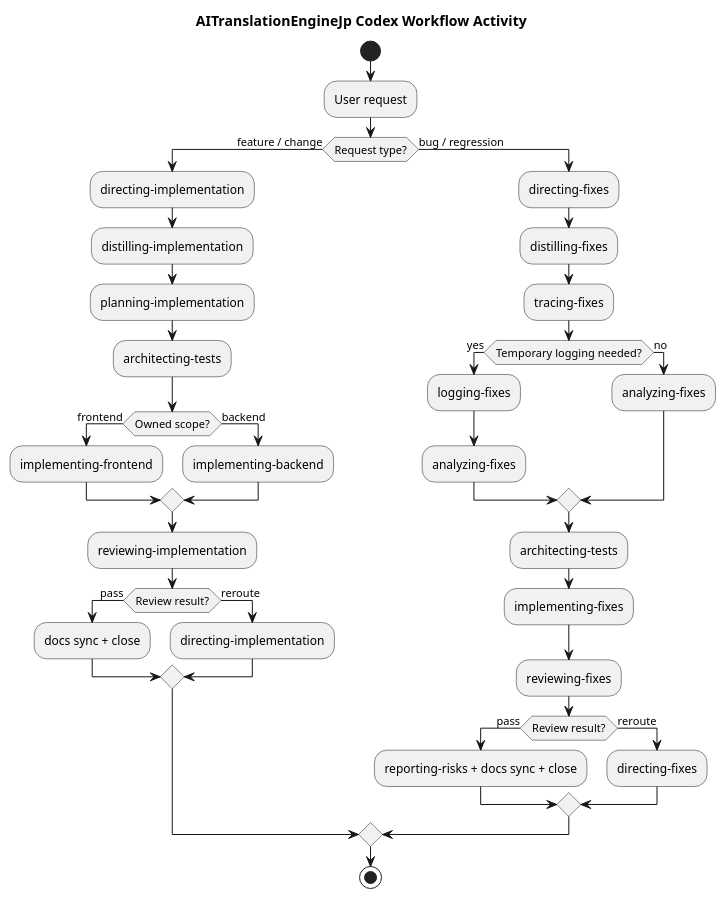
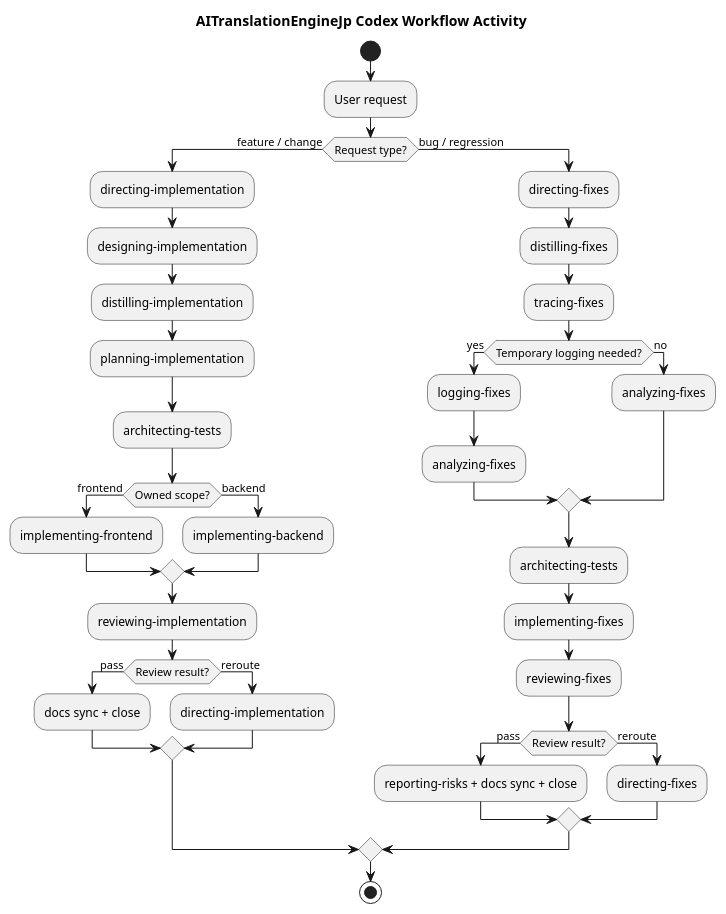
Before and after one commit to ishibata91/AITranslationEngineJP: the diagram in .codex/workflow_activity_diagram.puml, drawn with PlantUML. The commit also changed 42 other files, not shown here.

```diff
--- a/.codex/workflow_activity_diagram.puml
+++ b/.codex/workflow_activity_diagram.puml
@@ -1,50 +1,51 @@
 @startuml WorkflowActivity
 title AITranslationEngineJp Codex Workflow Activity
 skinparam shadowing false
 skinparam linetype ortho
 
 start
 :User request;
 
 if (Request type?) then (feature / change)
   :directing-implementation;
+  :designing-implementation;
   :distilling-implementation;
   :planning-implementation;
   :architecting-tests;
 
   if (Owned scope?) then (frontend)
     :implementing-frontend;
   else (backend)
     :implementing-backend;
   endif
 
   :reviewing-implementation;
   if (Review result?) then (pass)
     :docs sync + close;
   else (reroute)
     :directing-implementation;
   endif
 else (bug / regression)
   :directing-fixes;
   :distilling-fixes;
   :tracing-fixes;
 
   if (Temporary logging needed?) then (yes)
     :logging-fixes;
     :analyzing-fixes;
   else (no)
     :analyzing-fixes;
   endif
 
   :architecting-tests;
   :implementing-fixes;
   :reviewing-fixes;
   if (Review result?) then (pass)
     :reporting-risks + docs sync + close;
   else (reroute)
     :directing-fixes;
   endif
 endif
 
 stop
 @enduml
```
